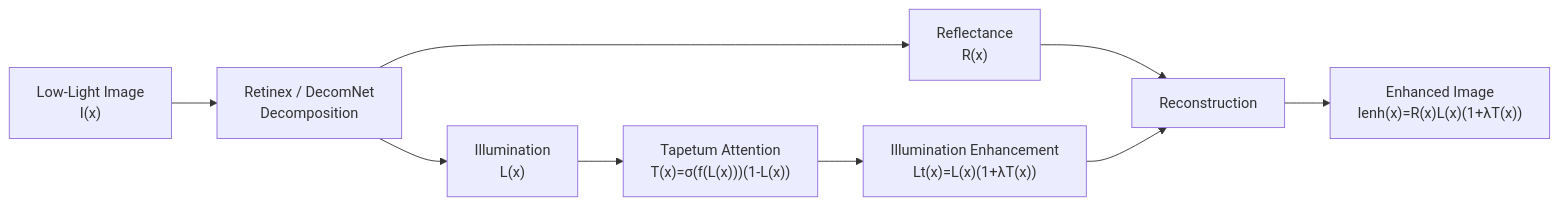
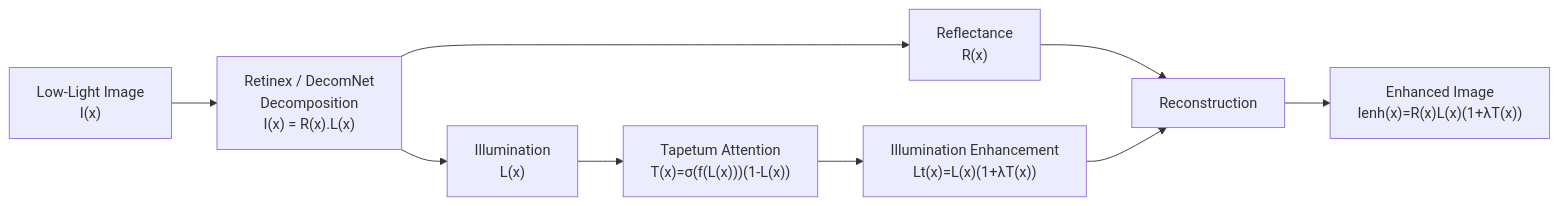
Diagram 15 of 20 in README.md (muratdelen/TAPETUM), drawn with Mermaid before and after one commit. The commit also changed other lines of this file, not shown here.

````diff
--- a/README.md
+++ b/README.md
@@ -721,28 +723,30 @@
 ```mermaid
 flowchart LR
 
 A["Low-Light Image
 I(x)"]
 
 A --> B["Retinex / DecomNet
-Decomposition"]
+Decomposition
+I(x) = R(x).L(x)"]
+
 
 B --> C["Reflectance
 R(x)"]
 
 B --> D["Illumination
 L(x)"]
 
 D --> E["Tapetum Attention
 T(x)=σ(f(L(x)))(1-L(x))"]
 
 E --> F["Illumination Enhancement
 Lt(x)=L(x)(1+λT(x))"]
 
 C --> G["Reconstruction"]
 
 F --> G
 
 G --> H["Enhanced Image
 Ienh(x)=R(x)L(x)(1+λT(x))"]
 ```
````
